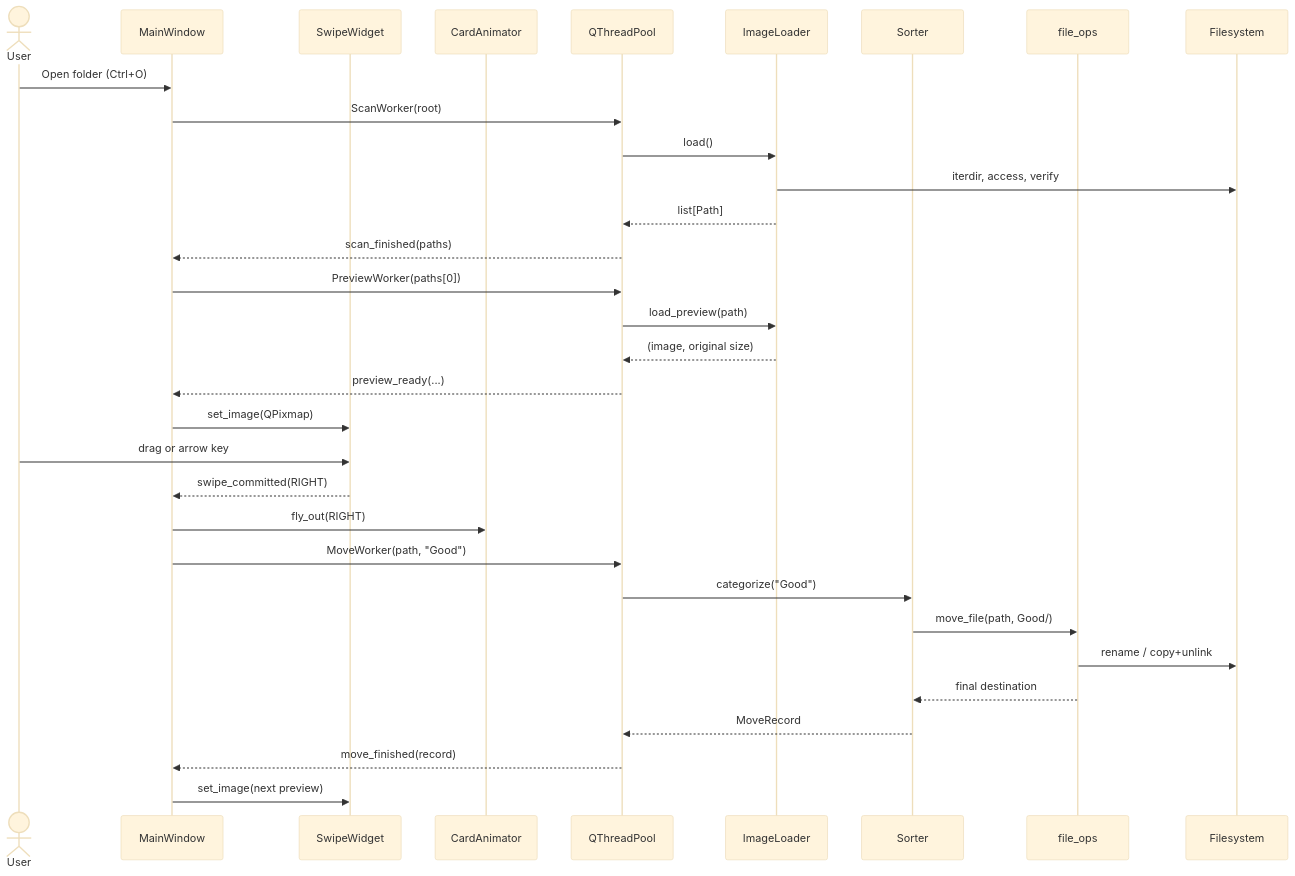
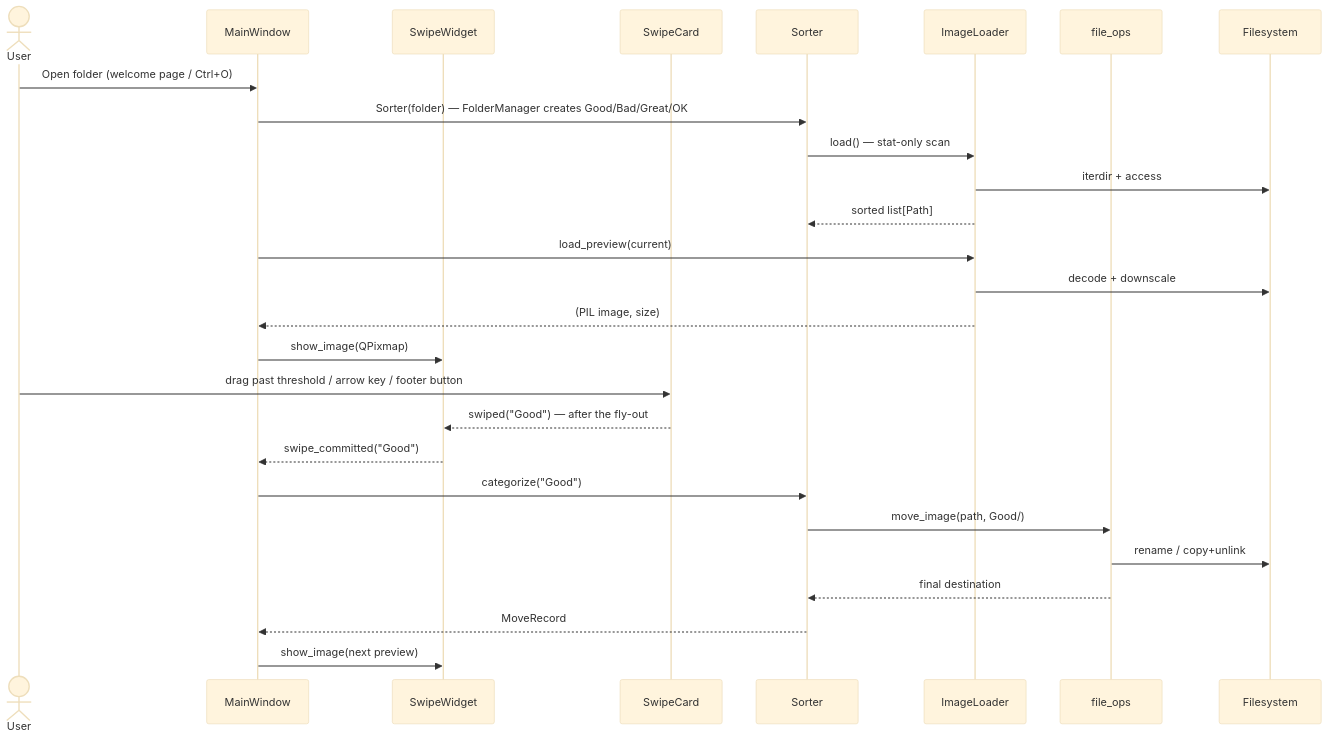
The diagram in docs/ARCHITECTURE.md (torreyn/swipey-photos), drawn with Mermaid (base theme) before and after one commit. The commit also changed other lines of this file and 24 other files, not shown here.

````diff
--- a/docs/ARCHITECTURE.md
+++ b/docs/ARCHITECTURE.md
@@ -339,35 +393,30 @@
 ```mermaid
 sequenceDiagram
     actor U as User
     participant W as MainWindow
     participant SW as SwipeWidget
-    participant A as CardAnimator
-    participant P as QThreadPool
+    participant C as SwipeCard
+    participant S as Sorter
     participant L as ImageLoader
-    participant S as Sorter
     participant F as file_ops
     participant D as Filesystem
 
-    U->>W: Open folder (Ctrl+O)
-    W->>P: ScanWorker(root)
-    P->>L: load()
-    L->>D: iterdir, access, verify
-    L-->>P: list[Path]
-    P-->>W: scan_finished(paths)
-    W->>P: PreviewWorker(paths[0])
-    P->>L: load_preview(path)
-    L-->>P: (image, original size)
-    P-->>W: preview_ready(...)
-    W->>SW: set_image(QPixmap)
-    U->>SW: drag or arrow key
-    SW-->>W: swipe_committed(RIGHT)
-    W->>A: fly_out(RIGHT)
-    W->>P: MoveWorker(path, "Good")
-    P->>S: categorize("Good")
-    S->>F: move_file(path, Good/)
+    U->>W: Open folder (welcome page / Ctrl+O)
+    W->>S: Sorter(folder) — FolderManager creates Good/Bad/Great/OK
+    S->>L: load() — stat-only scan
+    L->>D: iterdir + access
+    L-->>S: sorted list[Path]
+    W->>L: load_preview(current)
+    L->>D: decode + downscale
+    L-->>W: (PIL image, size)
+    W->>SW: show_image(QPixmap)
+    U->>C: drag past threshold / arrow key / footer button
+    C-->>SW: swiped("Good") — after the fly-out
+    SW-->>W: swipe_committed("Good")
+    W->>S: categorize("Good")
+    S->>F: move_image(path, Good/)
     F->>D: rename / copy+unlink
     F-->>S: final destination
-    S-->>P: MoveRecord
-    P-->>W: move_finished(record)
-    W->>SW: set_image(next preview)
+    S-->>W: MoveRecord
+    W->>SW: show_image(next preview)
 ```
````
